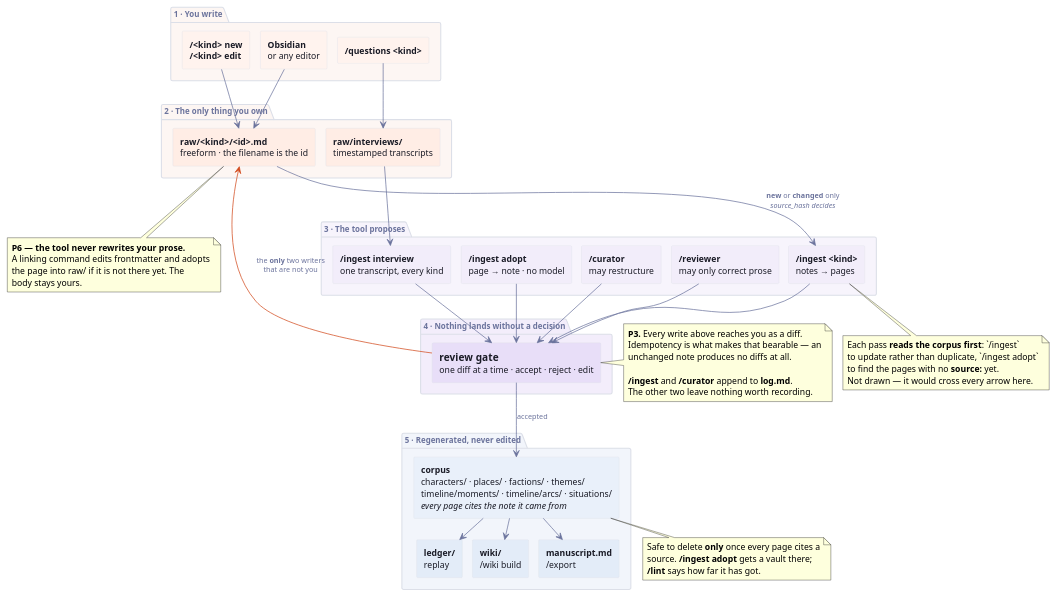
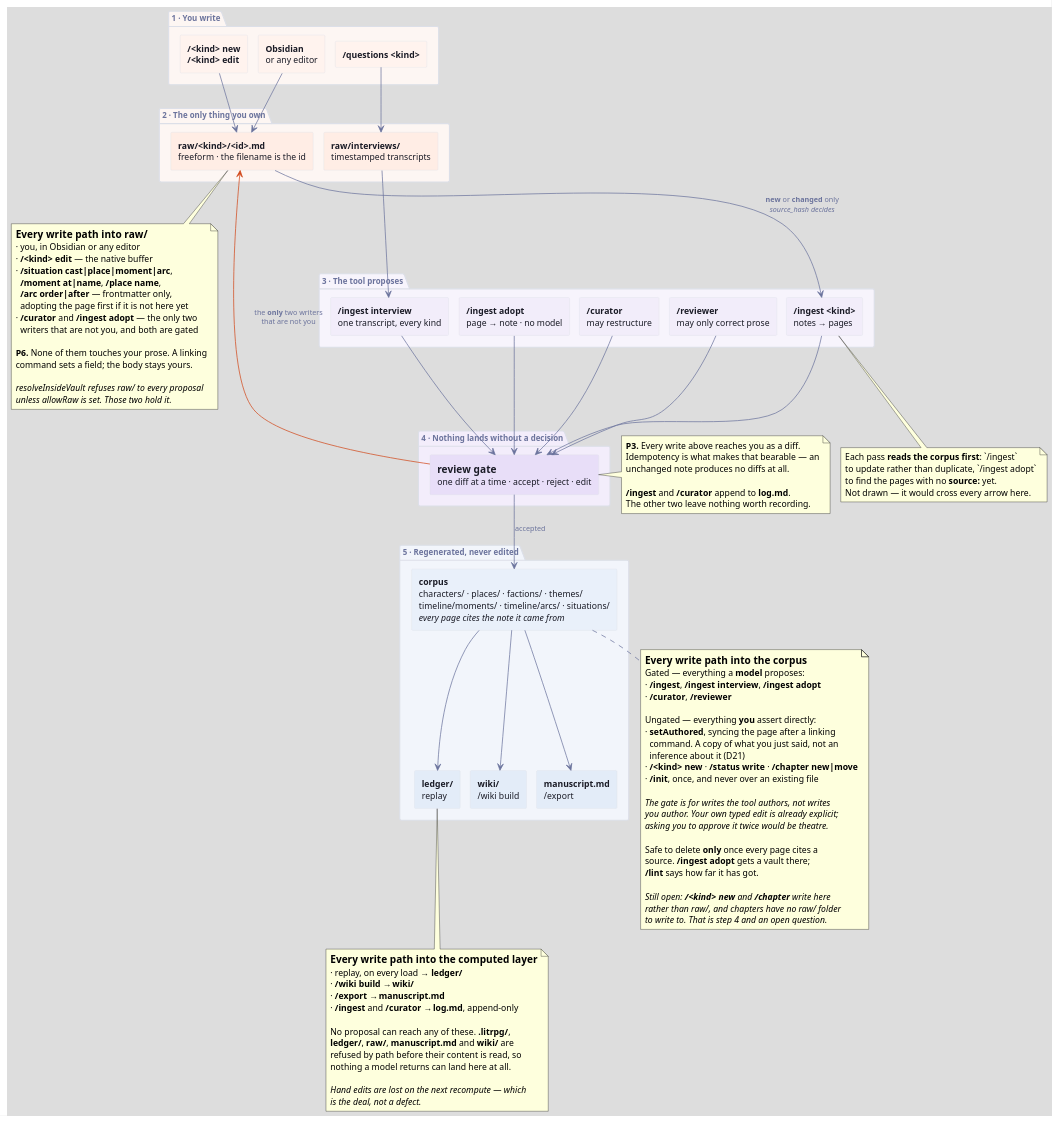
Before and after one commit to claytantor/litfire: the diagram in docs/diagrams/authoring-flow.puml, drawn with PlantUML. The commit also changed 1 other file, not shown here.

Commit message:
Note every write path into each layer
The diagram showed where things flow and not who is allowed to write
where, which is the part that actually has to be defended. Each layer
now carries its complete inventory.

Writing the corpus note is what turned up the real invariant. I had it
as "setAuthored is the one unreviewed corpus write", which is false —
/status write, /chapter new|move and /<kind> new all write the corpus
directly too. The line is not gated-versus-ungated by accident: the gate
is for writes the tool authors, not writes you author. A model's
proposal always passes through it; a typed edit you made yourself does
not, because it is already explicit and asking you to approve it twice
would be theatre.

Two open items are recorded where they will be seen rather than only in
the proposal: /<kind> new writes the corpus rather than raw/, and
chapters have no raw/ folder to write to at all.

The raw/ note names the two writers that are not the author and says
what grants them that — allowRaw, which resolveInsideVault refuses to
everything else. The computed note names the five forbidden prefixes,
which are refused by path before a proposal's content is read.

```diff
--- a/docs/diagrams/authoring-flow.puml
+++ b/docs/diagrams/authoring-flow.puml
@@ -1,124 +1,171 @@
 @startuml authoring-flow
 ' The authoring flow, end to end.
 '
 '   java -jar plantuml.jar -tsvg docs/diagrams/authoring-flow.puml
 '
 ' The one thing this diagram exists to say: every arrow into the corpus
 ' passes through the review gate, and everything below the corpus is
 ' regenerated from it. Only the author writes raw/ — with two named
 ' exceptions, drawn in the author's own colour because that is what makes
 ' them exceptional.
 
 top to bottom direction
 
-skinparam backgroundColor transparent
+skinparam backgroundColor #dddddd
 skinparam shadowing false
 skinparam defaultFontName "Helvetica"
 skinparam defaultFontSize 12
 skinparam nodesep 14
 skinparam ranksep 26
 skinparam ArrowColor #6b739c
 skinparam ArrowFontColor #6b739c
 skinparam ArrowFontSize 10
 
 skinparam rectangle {
   BorderColor #dcdfe8
   FontColor #1a1b26
   BackgroundColor #ffffff
   roundCorner 3
 }
 
 skinparam package {
   BorderColor #dcdfe8
   FontColor #6b739c
   BackgroundColor transparent
   FontSize 11
 }
 
 ' Layer colours are litfire's own TUI role colours, from source/theme.ts:
 '   author #d2481a · model #7a4bbd · computed #2b5fa8
 package "1 · You write" #FDF6F3 {
   rectangle "**Obsidian**\nor any editor" as obsidian #FFF3EE
   rectangle "**/<kind> new**\n**/<kind> edit**" as buffer #FFF3EE
   rectangle "**/questions <kind>**" as interview #FFF3EE
 }
 
 package "2 · The only thing you own" #FDF6F3 {
   rectangle "**raw/<kind>/<id>.md**\nfreeform · the filename is the id" as raw #FFEDE5
   rectangle "**raw/interviews/**\ntimestamped transcripts" as transcripts #FFEDE5
 }
 
 package "3 · The tool proposes" #F7F4FC {
   rectangle "**/ingest <kind>**\nnotes → pages" as ingest #F2EDFA
   rectangle "**/ingest interview**\none transcript, every kind" as ingestI #F2EDFA
   rectangle "**/ingest adopt**\npage → note · no model" as adopt #F2EDFA
   rectangle "**/curator**\nmay restructure" as curator #F2EDFA
   rectangle "**/reviewer**\nmay only correct prose" as reviewer #F2EDFA
 }
 
 package "4 · Nothing lands without a decision" #F3EDFB {
   rectangle "==review gate\none diff at a time · accept · reject · edit" as gate #E8DEF8
 }
 
 package "5 · Regenerated, never edited" #F2F5FB {
   rectangle "**corpus**\ncharacters/ · places/ · factions/ · themes/\ntimeline/moments/ · timeline/arcs/ · situations/\n//every page cites the note it came from//" as corpus #E9F0FA
   rectangle "**ledger/**\nreplay" as ledger #E3ECF8
   rectangle "**wiki/**\n/wiki build" as wiki #E3ECF8
   rectangle "**manuscript.md**\n/export" as manuscript #E3ECF8
 }
 
 ' --- 1 → 2 -----------------------------------------------------------
 obsidian --> raw
 buffer --> raw
 interview --> transcripts
 
 ' --- 2 → 3 -----------------------------------------------------------
 raw --> ingest : **new** or **changed** only\n//source_hash decides//
 transcripts --> ingestI
 
 ' --- 3 → 4 -----------------------------------------------------------
 ingest --> gate
 ingestI --> gate
 adopt --> gate
 curator --> gate
 reviewer --> gate
 
 ' --- 4 → 5, and the two ways back into raw ---------------------------
 gate --> corpus : accepted
 gate -[#d2481a]-> raw : the **only** two writers\nthat are not you
 
 ' --- 5 → 5 -----------------------------------------------------------
 corpus --> ledger
 corpus --> wiki
 corpus --> manuscript
 
+note bottom of ledger
+  ==Every write path into the computed layer
+  · replay, on every load → **ledger/**
+  · **/wiki build** → **wiki/**
+  · **/export** → **manuscript.md**
+  · **/ingest** and **/curator** → **log.md**, append-only
+
+  No proposal can reach any of these. **.litrpg/**,
+  **ledger/**, **raw/**, **manuscript.md** and **wiki/** are
+  refused by path before their content is read, so
+  nothing a model returns can land here at all.
+
+  //Hand edits are lost on the next recompute — which//
+  //is the deal, not a defect.//
+end note
+
 note bottom of ingest
   Each pass **reads the corpus first**: `/ingest`
   to update rather than duplicate, `/ingest adopt`
   to find the pages with no **source:** yet.
   Not drawn — it would cross every arrow here.
 end note
 
 note right of gate
   **P3.** Every write above reaches you as a diff.
   Idempotency is what makes that bearable — an
   unchanged note produces no diffs at all.
 
   **/ingest** and **/curator** append to **log.md**.
   The other two leave nothing worth recording.
 end note
 
 note bottom of raw
-  **P6 — the tool never rewrites your prose.**
-  A linking command edits frontmatter and adopts
-  the page into raw/ if it is not there yet. The
-  body stays yours.
+  ==Every write path into raw/
+  · you, in Obsidian or any editor
+  · **/<kind> edit** — the native buffer
+  · **/situation cast|place|moment|arc**,
+    **/moment at|name**, **/place name**,
+    **/arc order|after** — frontmatter only,
+    adopting the page first if it is not here yet
+  · **/curator** and **/ingest adopt** — the only two
+    writers that are not you, and both are gated
+
+  **P6.** None of them touches your prose. A linking
+  command sets a field; the body stays yours.
+
+  //resolveInsideVault refuses raw/ to every proposal//
+  //unless allowRaw is set. Those two hold it.//
 end note
 
 note bottom of corpus
+  ==Every write path into the corpus
+  Gated — everything a **model** proposes:
+  · **/ingest**, **/ingest interview**, **/ingest adopt**
+  · **/curator**, **/reviewer**
+
+  Ungated — everything **you** assert directly:
+  · **setAuthored**, syncing the page after a linking
+    command. A copy of what you just said, not an
+    inference about it (D21)
+  · **/<kind> new** · **/status write** · **/chapter new|move**
+  · **/init**, once, and never over an existing file
+
+  //The gate is for writes the tool authors, not writes//
+  //you author. Your own typed edit is already explicit;//
+  //asking you to approve it twice would be theatre.//
+
   Safe to delete **only** once every page cites a
   source. **/ingest adopt** gets a vault there;
   **/lint** says how far it has got.
+
+  //Still open: **/<kind> new** and **/chapter** write here//
+  //rather than raw/, and chapters have no raw/ folder//
+  //to write to. That is step 4 and an open question.//
 end note
 
 @enduml
```
